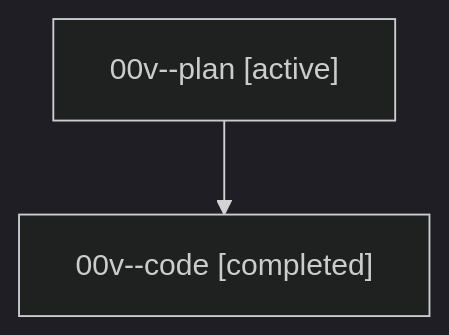
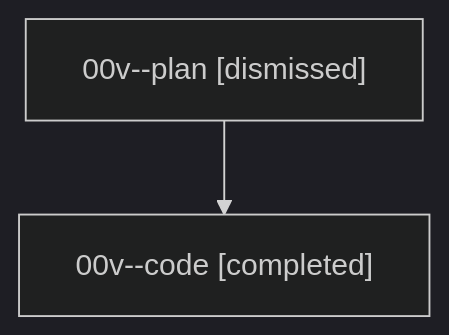
Before and after one commit to bobs-org/bob-cli--agents: the diagram in sessions/bbugyi200.athena.00v.md, drawn with Mermaid (dark theme). The commit also changed other lines of this file and 62 other files, not shown here.

````diff
--- a/sessions/bbugyi200.athena.00v.md
+++ b/sessions/bbugyi200.athena.00v.md
@@ -9,6 +9,6 @@
 ```mermaid
 flowchart TD
-  n0["00v--plan [active]"]
+  n0["00v--plan [dismissed]"]
   n1["00v--code [completed]"]
   n0 --> n1
 ```
````
